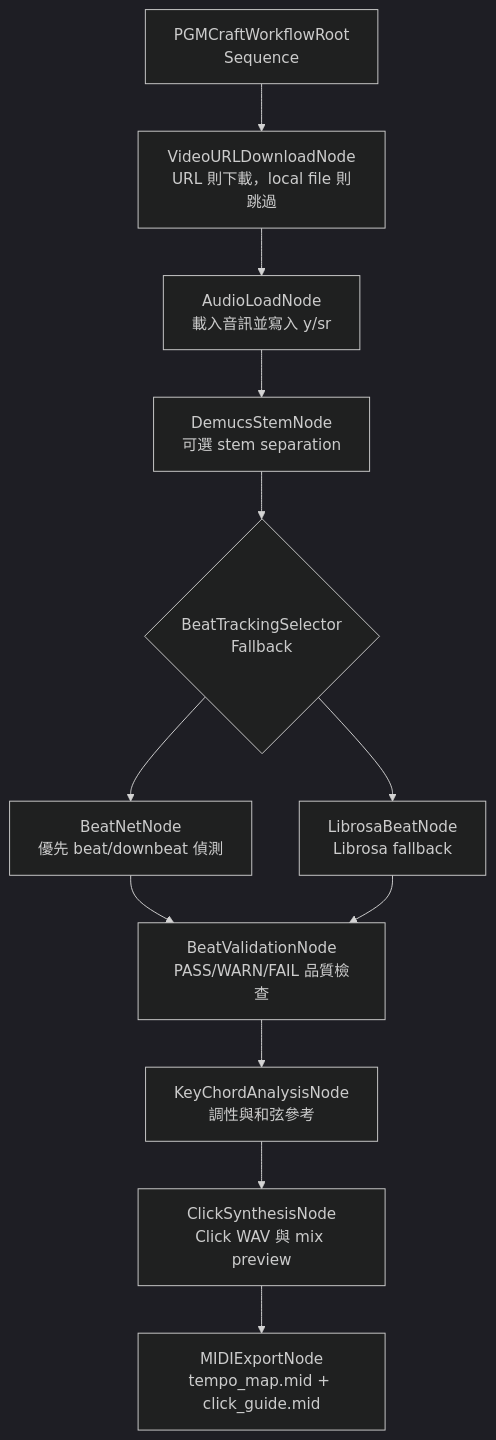
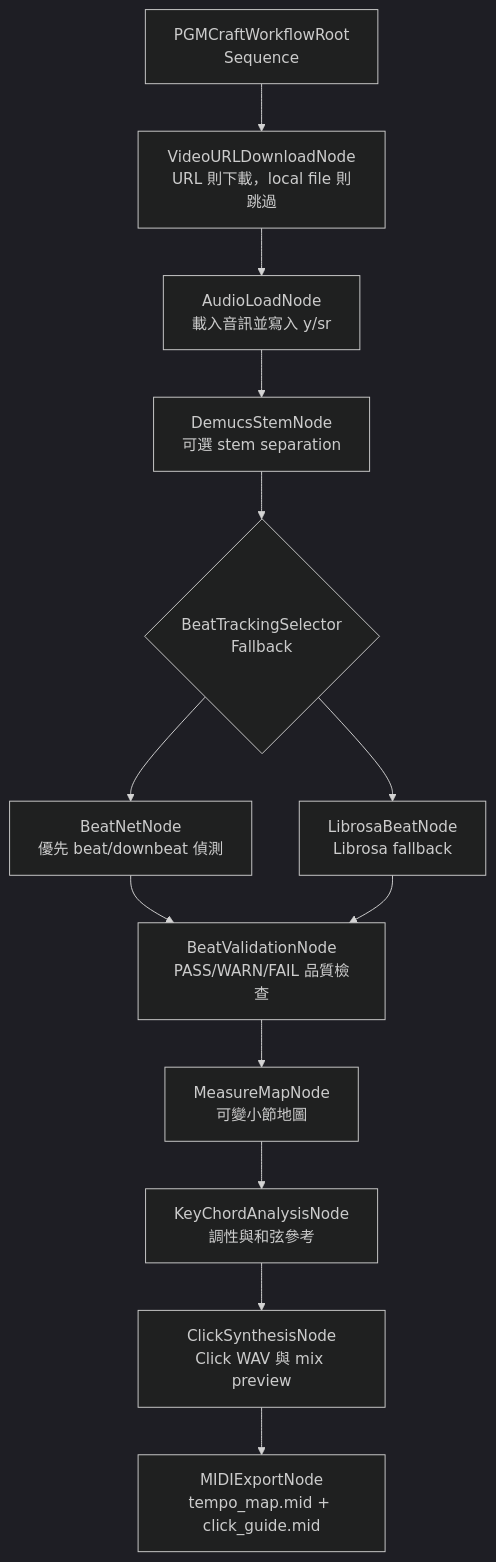
Before and after one commit to Chester930/pgmcraft-studio: the first of 2 diagrams in docs/BEHAVIOR-TREE.md, drawn with Mermaid (dark theme). The commit also changed other lines of this file and 9 other files, not shown here.

Commit message:
feat(workflow): add measure map node

````diff
--- a/docs/BEHAVIOR-TREE.md
+++ b/docs/BEHAVIOR-TREE.md
@@ -41,22 +42,23 @@
 ```mermaid
 flowchart TD
     Root["PGMCraftWorkflowRoot<br/>Sequence"]
     Download["VideoURLDownloadNode<br/>URL 則下載，local file 則跳過"]
     Load["AudioLoadNode<br/>載入音訊並寫入 y/sr"]
     Stem["DemucsStemNode<br/>可選 stem separation"]
     BeatFallback{"BeatTrackingSelector<br/>Fallback"}
     BeatNet["BeatNetNode<br/>優先 beat/downbeat 偵測"]
     Librosa["LibrosaBeatNode<br/>Librosa fallback"]
     BeatCheck["BeatValidationNode<br/>PASS/WARN/FAIL 品質檢查"]
+    MeasureMap["MeasureMapNode<br/>可變小節地圖"]
     KeyChord["KeyChordAnalysisNode<br/>調性與和弦參考"]
     Click["ClickSynthesisNode<br/>Click WAV 與 mix preview"]
     Midi["MIDIExportNode<br/>tempo_map.mid + click_guide.mid"]
 
     Root --> Download --> Load --> Stem --> BeatFallback
     BeatFallback --> BeatNet
     BeatFallback --> Librosa
     BeatNet --> BeatCheck
     Librosa --> BeatCheck
-    BeatCheck --> KeyChord
+    BeatCheck --> MeasureMap --> KeyChord
     KeyChord --> Click --> Midi
 ```
````
